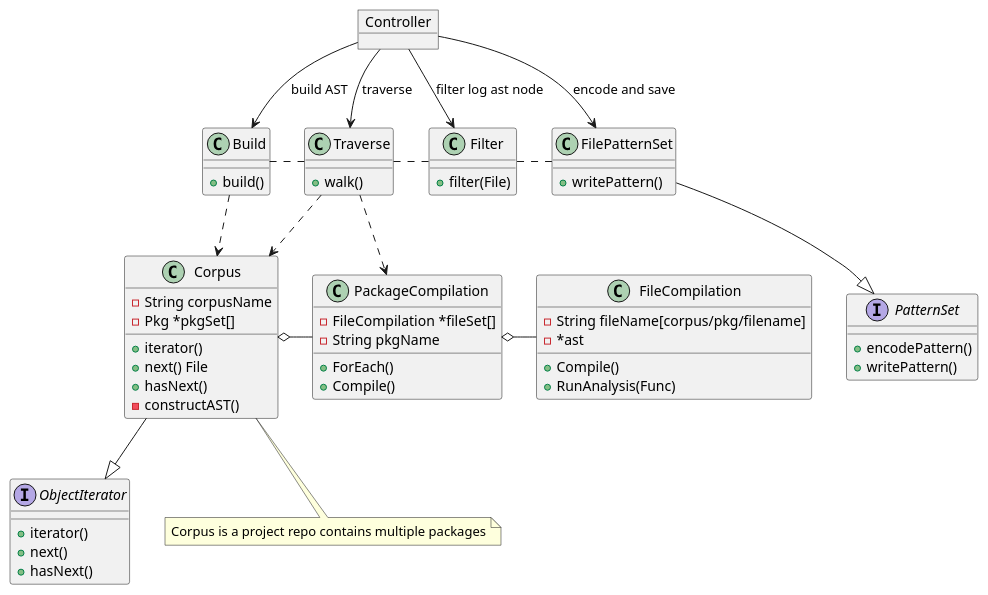
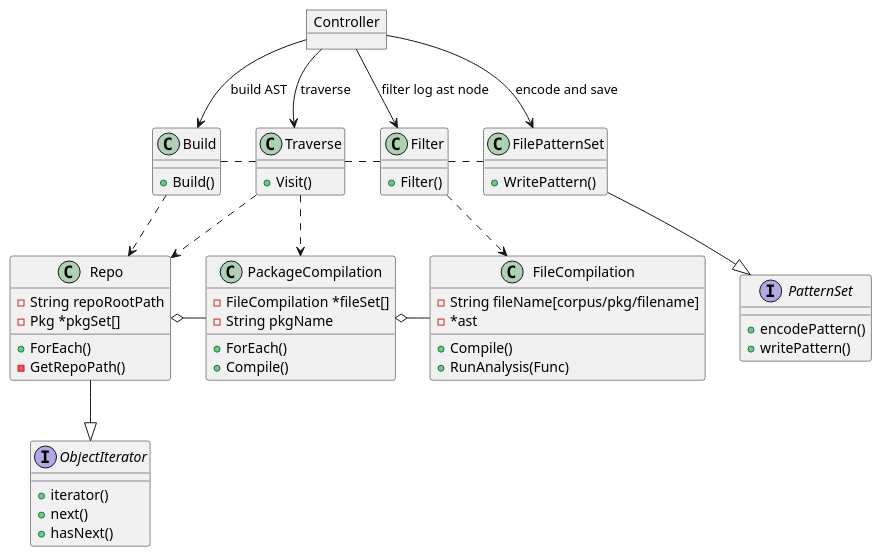
One commit to IANTHEREAL/logutil changed the diagram in logcovuml/logcov-extract.md. Above: the diagram before and after it, drawn with PlantUML. The commit also changed 13 other files, not shown here.

```diff
--- a/logcovuml/logcov-extract.md
+++ b/logcovuml/logcov-extract.md
@@ -11,15 +11,12 @@
     + writePattern()
 }
 
-class Corpus {
-    + iterator()
-    + next() File
-    + hasNext()
-    - constructAST()
-    - String corpusName
+class Repo {
+    + ForEach()
+    - GetRepoPath()
+    - String repoRootPath
     - Pkg *pkgSet[]
 }
-note bottom of Corpus: Corpus is a project repo contains multiple packages
 
 class PackageCompilation  {
     - FileCompilation *fileSet[]
@@ -36,32 +33,33 @@
 }
 
 class Build {
-    + build()
+    + Build()
 }
 
 class Traverse {
-    + walk()
+    + Visit()
 }
 
 class Filter {
-    + filter(File)
+    + Filter()
 }
 
 class FilePatternSet {
-    + writePattern()
+    + WritePattern()
 }
 
 object Controller
 
-Corpus --|> ObjectIterator
+Repo --|> ObjectIterator
 FilePatternSet --|> PatternSet
 
-Corpus o-right- PackageCompilation
+Repo o-right- PackageCompilation
 PackageCompilation o-right- FileCompilation
 
-Build ..> Corpus
-Traverse ..> Corpus
+Build ..> Repo
+Traverse ..> Repo
 Traverse ..> PackageCompilation
+Filter ..> FileCompilation
 
 Build .r. Traverse
 Traverse .r. Filter
```
